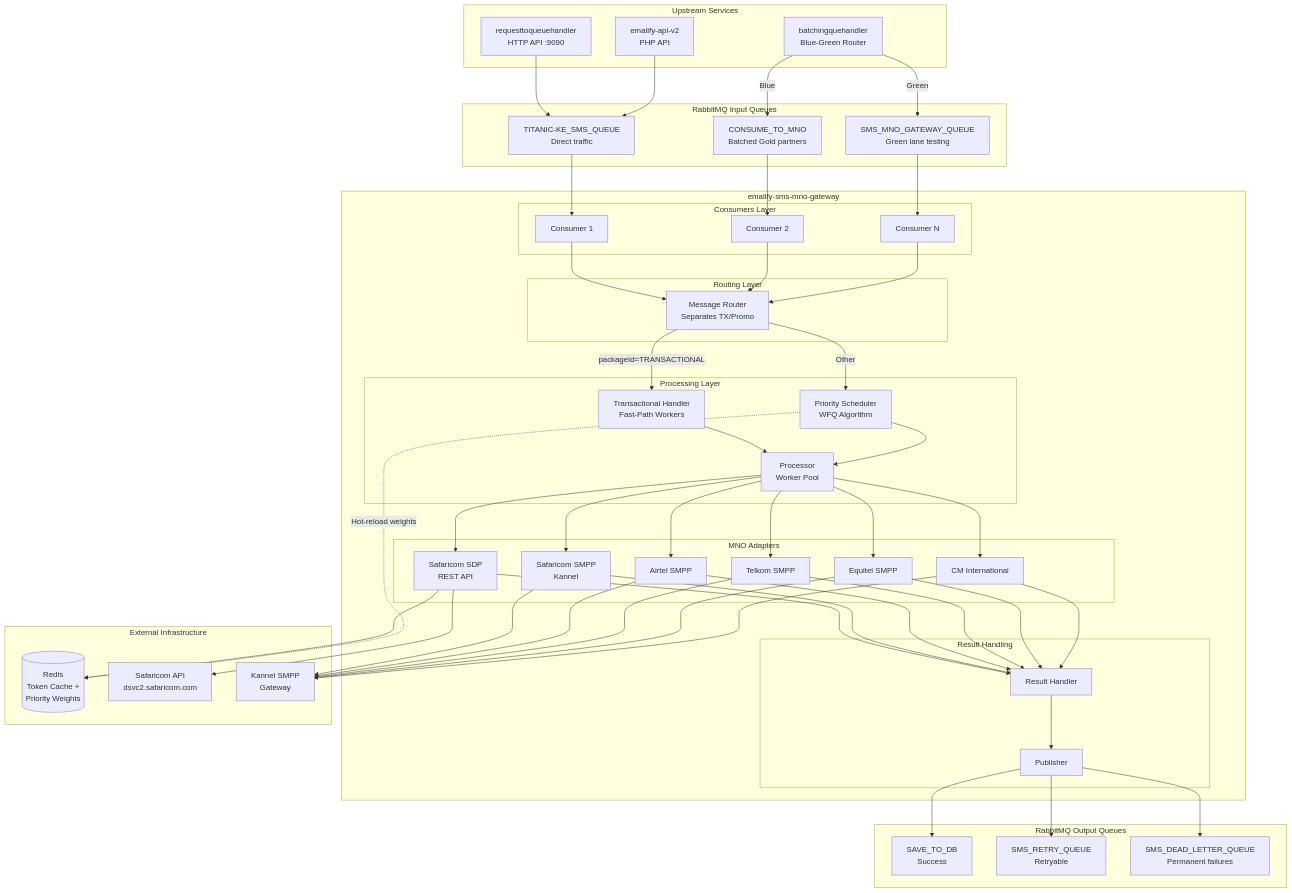
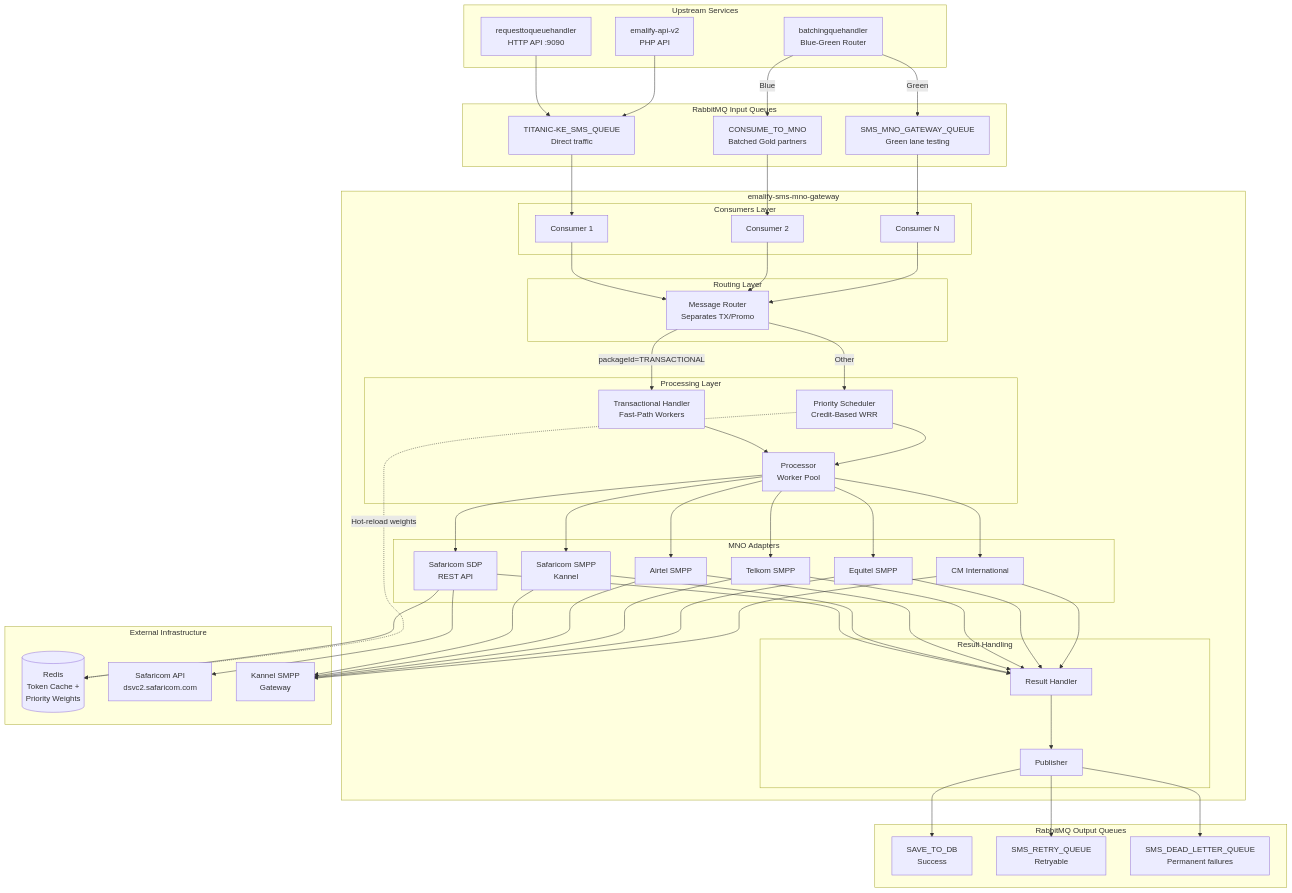
The first of 18 diagrams in docs/architecture.md (ElMonstro/sms-mno-gateway), drawn with Mermaid before and after one commit. The commit also changed other lines of this file and 3 other files, not shown here.

```diff
--- a/docs/architecture.md
+++ b/docs/architecture.md
@@ -73,7 +74,7 @@
 
         subgraph "Processing Layer"
             TH[Transactional Handler<br/>Fast-Path Workers]
-            PS[Priority Scheduler<br/>WFQ Algorithm]
+            PS[Priority Scheduler<br/>Credit-Based WRR]
             PROC[Processor<br/>Worker Pool]
         end
 
```
